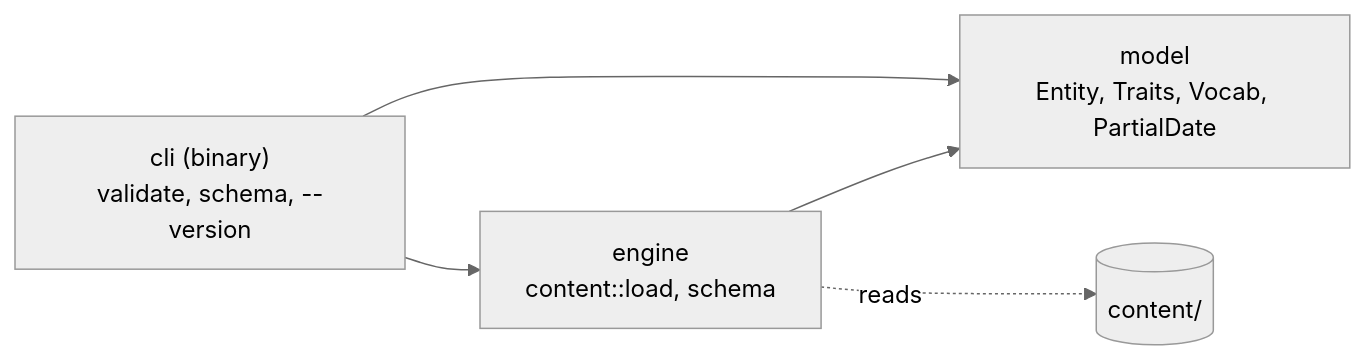
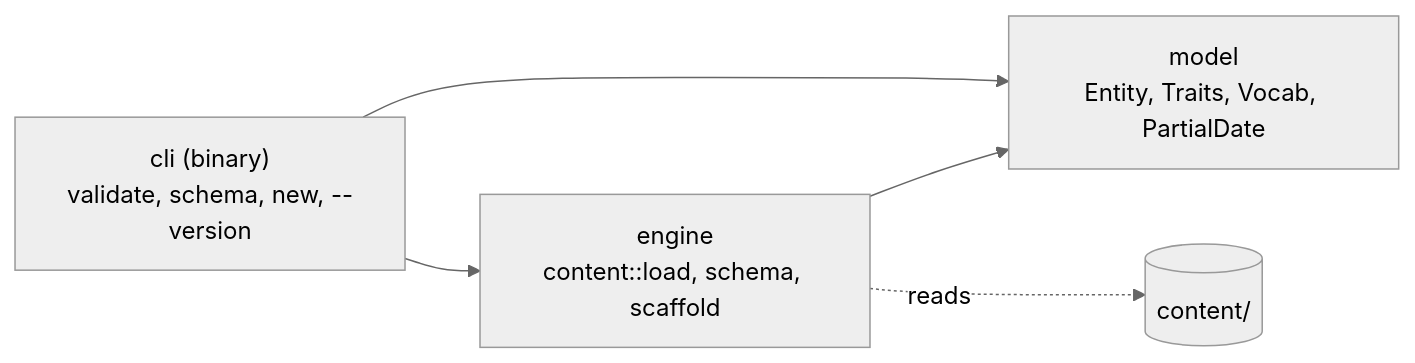
Before and after one commit to winksen/Crispy-Potato: the second of 2 diagrams in docs/MINDMAP.md, drawn with Mermaid (neutral theme). The commit also changed other lines of this file and 15 other files, not shown here.

````diff
--- a/docs/MINDMAP.md
+++ b/docs/MINDMAP.md
@@ -91,7 +94,7 @@
 ```mermaid
 flowchart LR
-  cli["cli (binary)<br/>validate, schema, --version"] --> engine["engine<br/>content::load, schema"]
+  cli["cli (binary)<br/>validate, schema, new, --version"] --> engine["engine<br/>content::load, schema, scaffold"]
   cli --> model
   engine --> model["model<br/>Entity, Traits, Vocab, PartialDate"]
   engine -. reads .-> content[("content/")]
 ```
````
